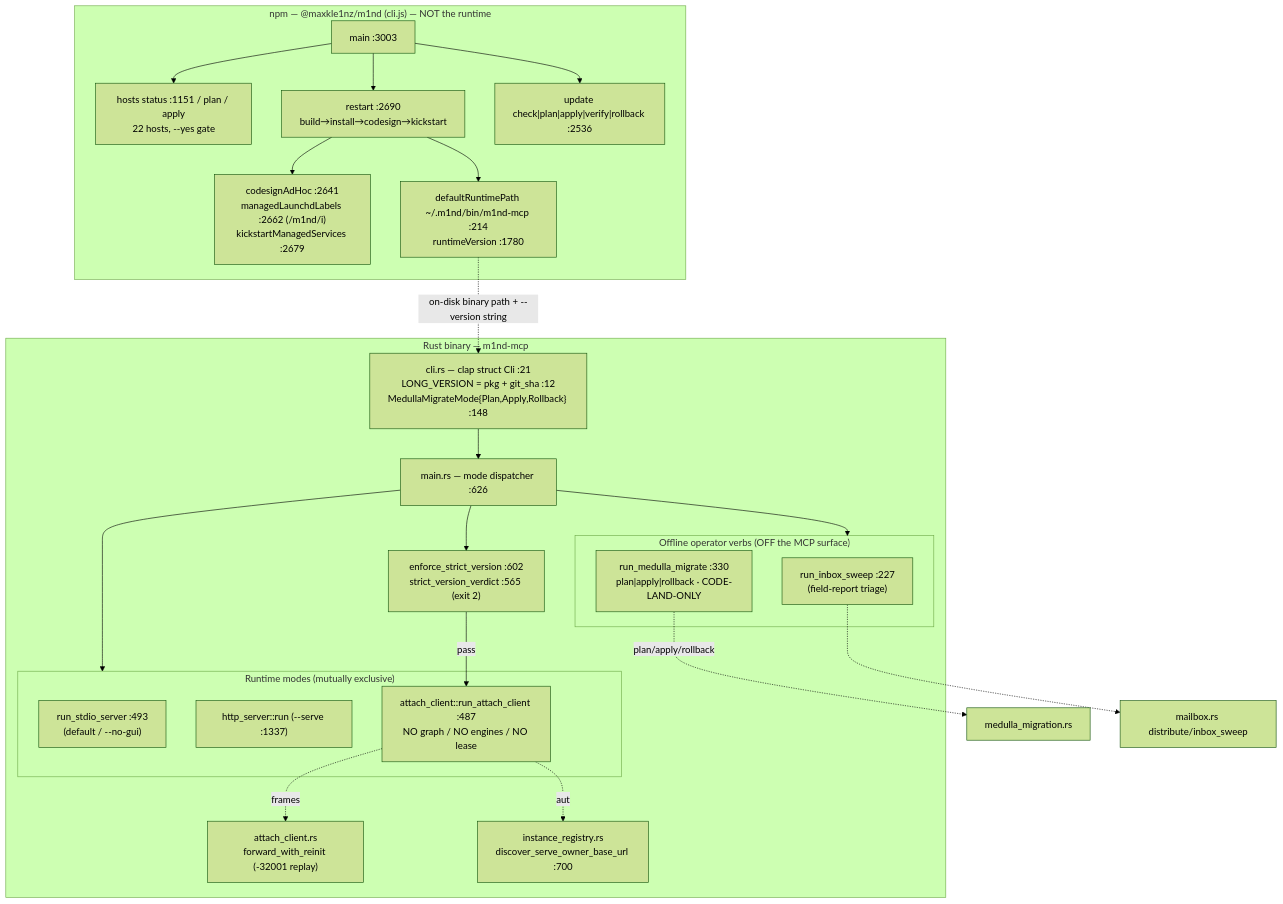
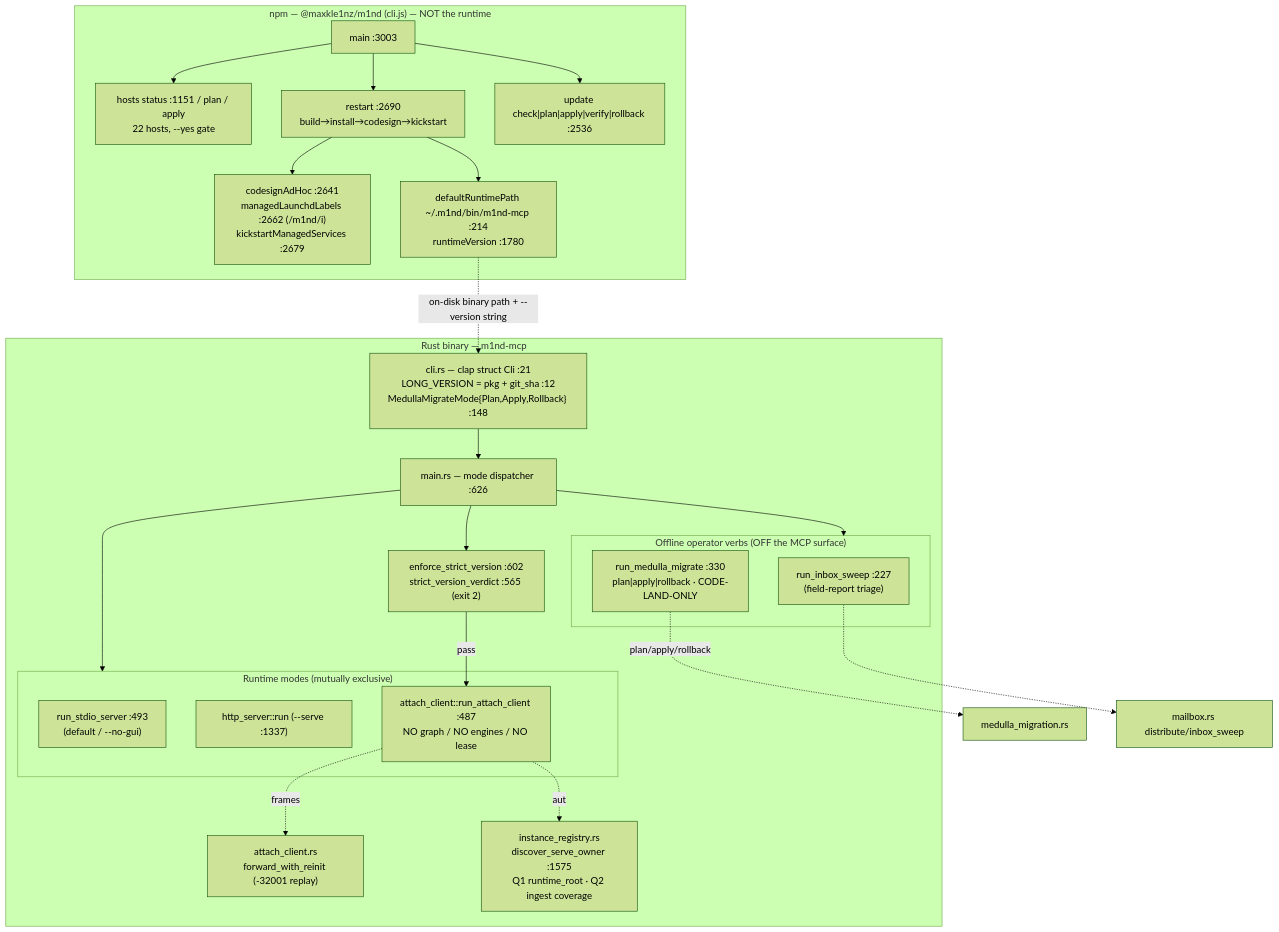
One commit to maxkle1nz/m1nd changed the first of 3 diagrams in docs/uml/cli-operator.md. Above: the diagram before and after it, drawn with Mermaid (forest theme). The commit also changed other lines of this file and 12 other files, not shown here.

````diff
--- a/docs/uml/cli-operator.md
+++ b/docs/uml/cli-operator.md
@@ -7,46 +7,46 @@
 ```mermaid
 flowchart TB
     subgraph Native["Rust binary — m1nd-mcp"]
         CLI["cli.rs — clap struct Cli :21<br/>LONG_VERSION = pkg + git_sha :12<br/>MedullaMigrateMode{Plan,Apply,Rollback} :148"]
         MAIN["main.rs — mode dispatcher :626"]
         SV["enforce_strict_version :602<br/>strict_version_verdict :565 (exit 2)"]
 
         subgraph Modes["Runtime modes (mutually exclusive)"]
             STDIO["run_stdio_server :493<br/>(default / --no-gui)"]
             HTTP["http_server::run (--serve :1337)"]
             ATTACH["attach_client::run_attach_client :487<br/>NO graph / NO engines / NO lease"]
         end
 
         subgraph Offline["Offline operator verbs (OFF the MCP surface)"]
             INBOX["run_inbox_sweep :227<br/>(field-report triage)"]
             MED["run_medulla_migrate :330<br/>plan|apply|rollback · CODE-LAND-ONLY"]
         end
 
         AC["attach_client.rs<br/>forward_with_reinit (-32001 replay)"]
-        IR["instance_registry.rs<br/>discover_serve_owner_base_url :700"]
+        IR["instance_registry.rs<br/>discover_serve_owner :1575<br/>Q1 runtime_root · Q2 ingest coverage"]
     end
 
     subgraph Npm["npm — @maxkle1nz/m1nd (cli.js) — NOT the runtime"]
         NMAIN["main :3003"]
         HOSTS["hosts status :1151 / plan / apply<br/>22 hosts, --yes gate"]
         RESTART["restart :2690<br/>build→install→codesign→kickstart"]
         UPDATE["update check|plan|apply|verify|rollback :2536"]
         MAC["codesignAdHoc :2641<br/>managedLaunchdLabels :2662 (/m1nd/i)<br/>kickstartManagedServices :2679"]
         RT["defaultRuntimePath ~/.m1nd/bin/m1nd-mcp :214<br/>runtimeVersion :1780"]
     end
 
     CLI --> MAIN
     MAIN --> SV
     SV -->|pass| ATTACH
     MAIN --> Modes
     MAIN --> Offline
     ATTACH -.auto.-> IR
     ATTACH -.frames.-> AC
     MED -.plan/apply/rollback.-> MEDENG["medulla_migration.rs"]
     INBOX -.-> MAILBOX["mailbox.rs distribute/inbox_sweep"]
     NMAIN --> HOSTS
     NMAIN --> RESTART --> MAC
     NMAIN --> UPDATE
     RESTART --> RT
     RT -.on-disk binary path + --version string.-> CLI
 ```
````
